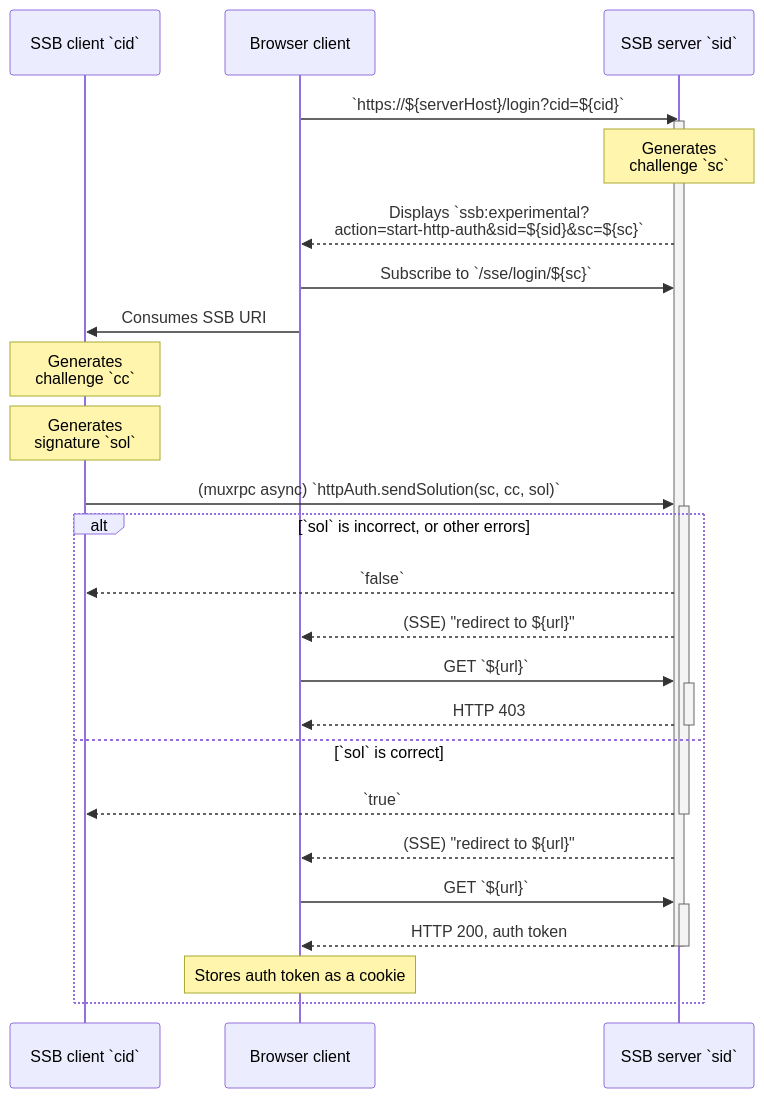
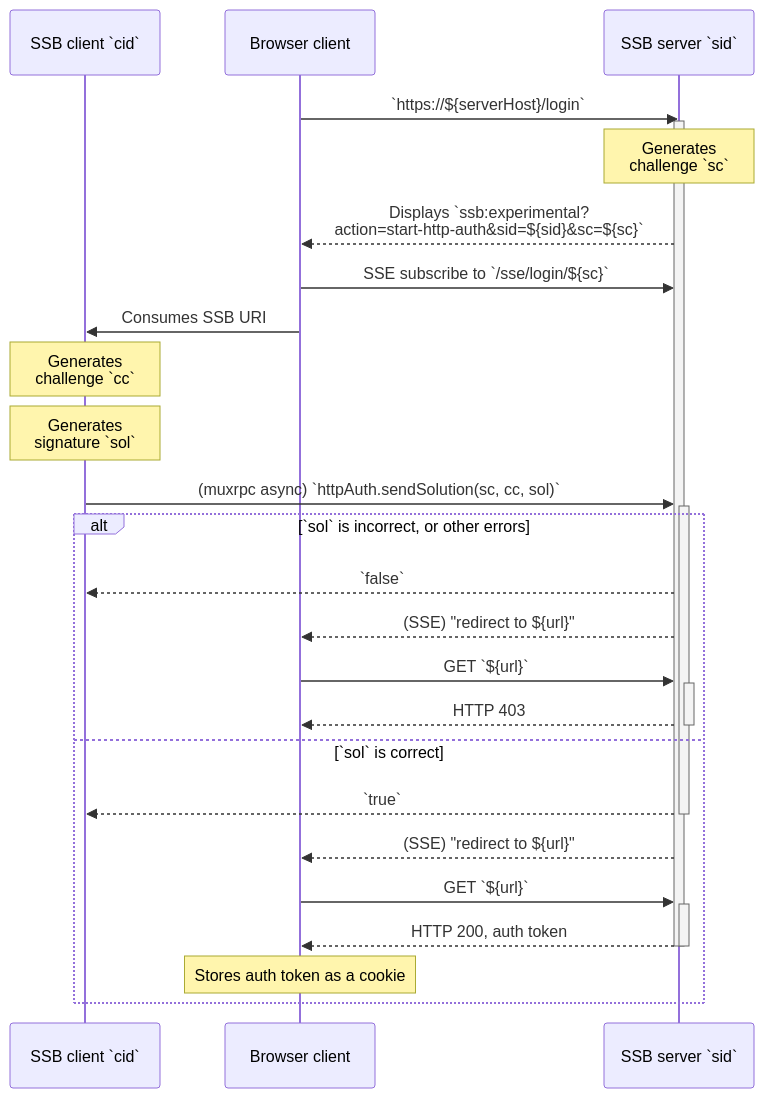
Before and after one commit to ssbc/ssb-http-auth-spec: the diagram in docs/Specification/Server-initiated.md, drawn with Mermaid. The commit also changed other lines of this file, not shown here.

Commit message:
remove need for params on 1st request in server-initiated

````diff
--- a/docs/Specification/Server-initiated.md
+++ b/docs/Specification/Server-initiated.md
@@ -11,29 +11,29 @@
 ```mermaid
 sequenceDiagram
   participant Umux as SSB client `cid`
   participant Uweb as Browser client
   participant Serv as SSB server `sid`
 
-  Uweb->>Serv: `https://${serverHost}/login?cid=${cid}`
+  Uweb->>Serv: `https://${serverHost}/login`
   activate Serv
   Note over Serv: Generates<br/>challenge `sc`
   Serv-->>Uweb: Displays `ssb:experimental?<br/>action=start-http-auth&sid=${sid}&sc=${sc}`
-  Uweb->>Serv: Subscribe to `/sse/login/${sc}`
+  Uweb->>Serv: SSE subscribe to `/sse/login/${sc}`
   Uweb->>Umux: Consumes SSB URI
   Note over Umux: Generates<br/>challenge `cc`
   Note over Umux: Generates<br/>signature `sol`
   Umux->>+Serv: (muxrpc async) `httpAuth.sendSolution(sc, cc, sol)`
   alt `sol` is incorrect, or other errors
     Serv-->>Umux: `false`
     Serv-->>Uweb: (SSE) "redirect to ${url}"
     Uweb->>+Serv: GET `${url}`
     Serv-->>-Uweb: HTTP 403
   else `sol` is correct
     Serv-->>-Umux: `true`
     Serv-->>Uweb: (SSE) "redirect to ${url}"
     Uweb->>+Serv: GET `${url}`
     Serv-->>-Uweb: HTTP 200, auth token
     deactivate Serv
     Note over Uweb: Stores auth token as a cookie
   end
 ```
````
